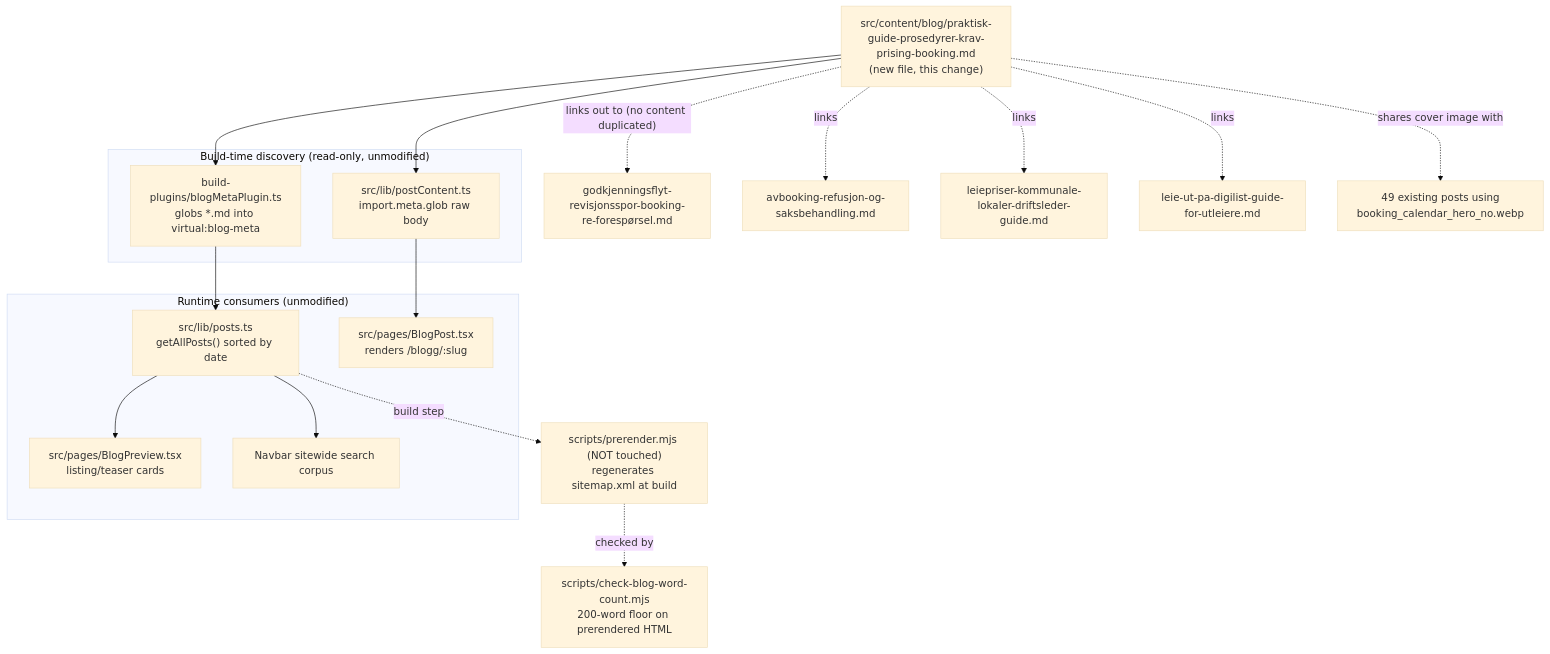
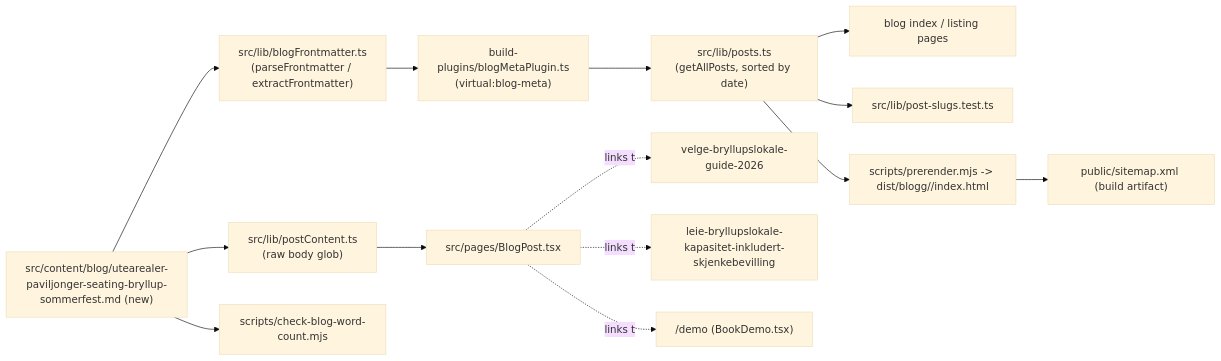
One commit to Xala-Technologies/booking-brilliance changed the diagram in AGENT-SPEC.md. Above: the diagram before and after it, drawn with Mermaid (base theme). The commit also changed other lines of this file and 1 other file, not shown here.

Commit message:
wip(xal-1154-content-gap-utearealer-paviljonger-og): checkpoint — session ended before the agent pushed

````diff
--- a/AGENT-SPEC.md
+++ b/AGENT-SPEC.md
@@ -128,32 +78,23 @@
 ```mermaid
-flowchart TD
-    MD["src/content/blog/praktisk-guide-prosedyrer-krav-prising-booking.md<br/>(new file, this change)"]
+flowchart LR
+  MD["src/content/blog/utearealer-paviljonger-seating-bryllup-sommerfest.md (new)"]
+  FM["src/lib/blogFrontmatter.ts\n(parseFrontmatter / extractFrontmatter)"]
+  META["build-plugins/blogMetaPlugin.ts\n(virtual:blog-meta)"]
+  POSTS["src/lib/posts.ts\n(getAllPosts, sorted by date)"]
+  CONTENT["src/lib/postContent.ts\n(raw body glob)"]
+  BLOGPOST["src/pages/BlogPost.tsx"]
+  BLOGLIST["blog index / listing pages"]
+  SLUGTEST["src/lib/post-slugs.test.ts"]
+  WORDCOUNT["scripts/check-blog-word-count.mjs"]
+  PRERENDER["scripts/prerender.mjs -> dist/blogg/<slug>/index.html"]
+  SITEMAP["public/sitemap.xml (build artifact)"]
 
-    subgraph BuildTime["Build-time discovery (read-only, unmodified)"]
-        Plugin["build-plugins/blogMetaPlugin.ts<br/>globs *.md into virtual:blog-meta"]
-        RawGlob["src/lib/postContent.ts<br/>import.meta.glob raw body"]
-    end
-
-    subgraph Runtime["Runtime consumers (unmodified)"]
-        PostsTS["src/lib/posts.ts<br/>getAllPosts() sorted by date"]
-        BlogPost["src/pages/BlogPost.tsx<br/>renders /blogg/:slug"]
-        BlogPreview["src/pages/BlogPreview.tsx<br/>listing/teaser cards"]
-        Search["Navbar sitewide search corpus"]
-    end
-
-    Prerender["scripts/prerender.mjs (NOT touched)<br/>regenerates sitemap.xml at build"]
-    WordCount["scripts/check-blog-word-count.mjs<br/>200-word floor on prerendered HTML"]
-
-    MD --> Plugin --> PostsTS
-    MD --> RawGlob --> BlogPost
-    PostsTS --> BlogPreview
-    PostsTS --> Search
-    PostsTS -.build step.-> Prerender
-    Prerender -.checked by.-> WordCount
-
-    MD -. "links out to (no content duplicated)" .-> A["godkjenningsflyt-revisjonsspor-booking-re-forespørsel.md"]
-    MD -. links .-> B["avbooking-refusjon-og-saksbehandling.md"]
-    MD -. links .-> C["leiepriser-kommunale-lokaler-driftsleder-guide.md"]
-    MD -. links .-> D["leie-ut-pa-digilist-guide-for-utleiere.md"]
-    MD -. "shares cover image with" .-> E["49 existing posts using<br/>booking_calendar_hero_no.webp"]
+  MD --> FM --> META --> POSTS --> BLOGLIST
+  MD --> CONTENT --> BLOGPOST
+  POSTS --> SLUGTEST
+  MD --> WORDCOUNT
+  POSTS --> PRERENDER --> SITEMAP
+  BLOGPOST -.links to.-> WED1["velge-bryllupslokale-guide-2026"]
+  BLOGPOST -.links to.-> WED2["leie-bryllupslokale-kapasitet-inkludert-skjenkebevilling"]
+  BLOGPOST -.links to.-> DEMO["/demo (BookDemo.tsx)"]
 ```
````
